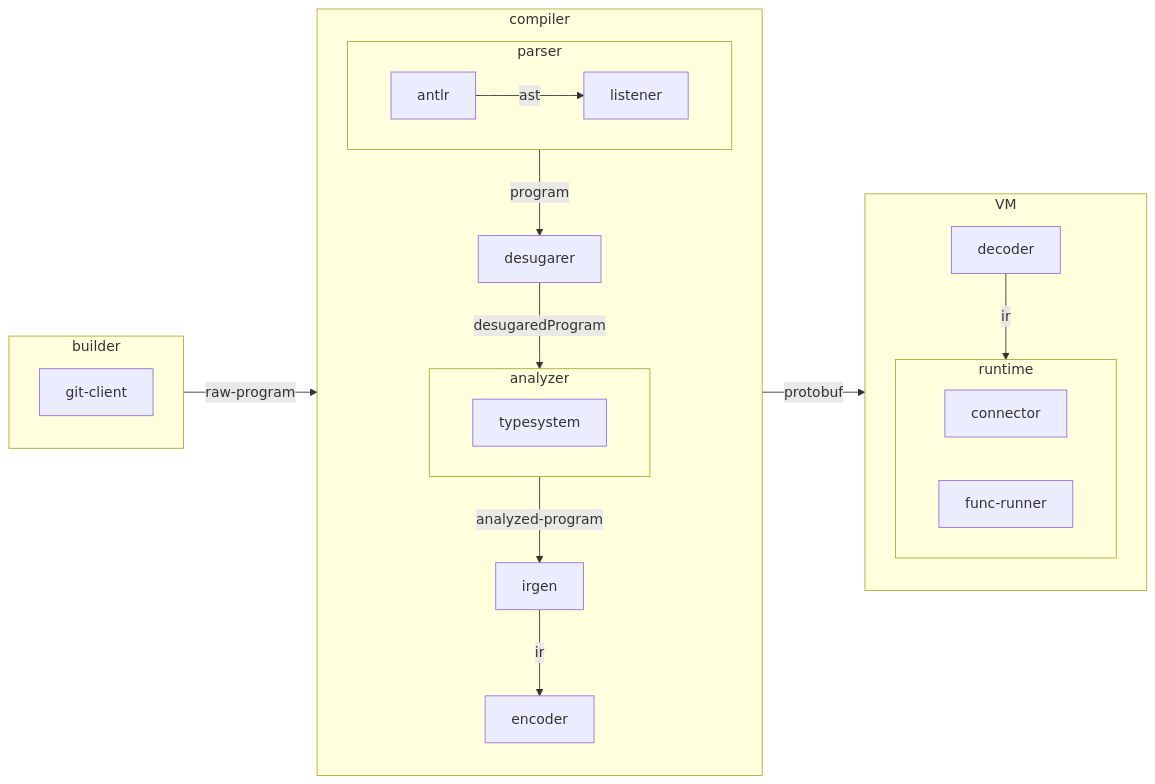
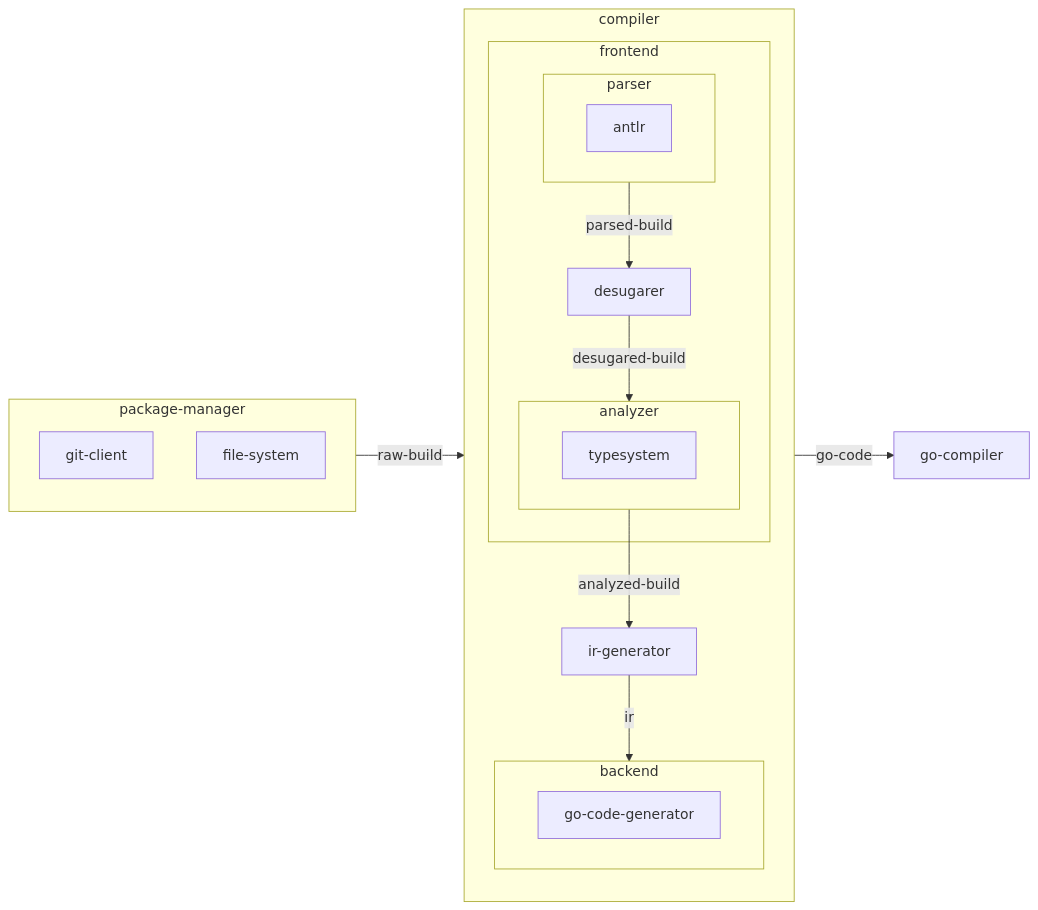
The diagram in ARCHITECTURE.md (nevalang/neva), drawn with Mermaid before and after one commit. The commit also changed other lines of this file and 5 other files, not shown here.

````diff
--- a/ARCHITECTURE.md
+++ b/ARCHITECTURE.md
@@ -5,39 +5,39 @@
 ```mermaid
 flowchart LR
-    builder-->|raw-program|compiler
-    subgraph builder
+    package-manager -->|raw-build| compiler
+
+    subgraph package-manager
         git-client
+        file-system
     end
+
     subgraph compiler
-        parser-->|program|desugarer
-        desugarer-->|desugaredProgram|analyzer
+        subgraph frontend
+            parser
+            desugarer
+            analyzer
+        end
+
+        subgraph backend
+            go-code-generator
+        end
+
+        parser -->|parsed-build| desugarer
 
         subgraph parser
-            antlr-->|ast|listener
+            antlr
         end
+
+        desugarer -->|desugared-build| analyzer
 
         subgraph analyzer
             typesystem
         end
 
-        subgraph analyzer
-            typesystem
-        end
+        analyzer -->|analyzed-build| ir-generator
 
-        analyzer-->|analyzed-program|irgen
-
-        irgen-->|ir|encoder
+        ir-generator -->|ir| backend
     end
 
-    compiler-->|protobuf|VM
-
-    subgraph VM
-        decoder-->|ir|runtime
-        runtime
-        subgraph runtime
-            connector
-            func-runner
-        end
-
-    end
+    compiler -->|go-code| go-compiler
 ```
````
